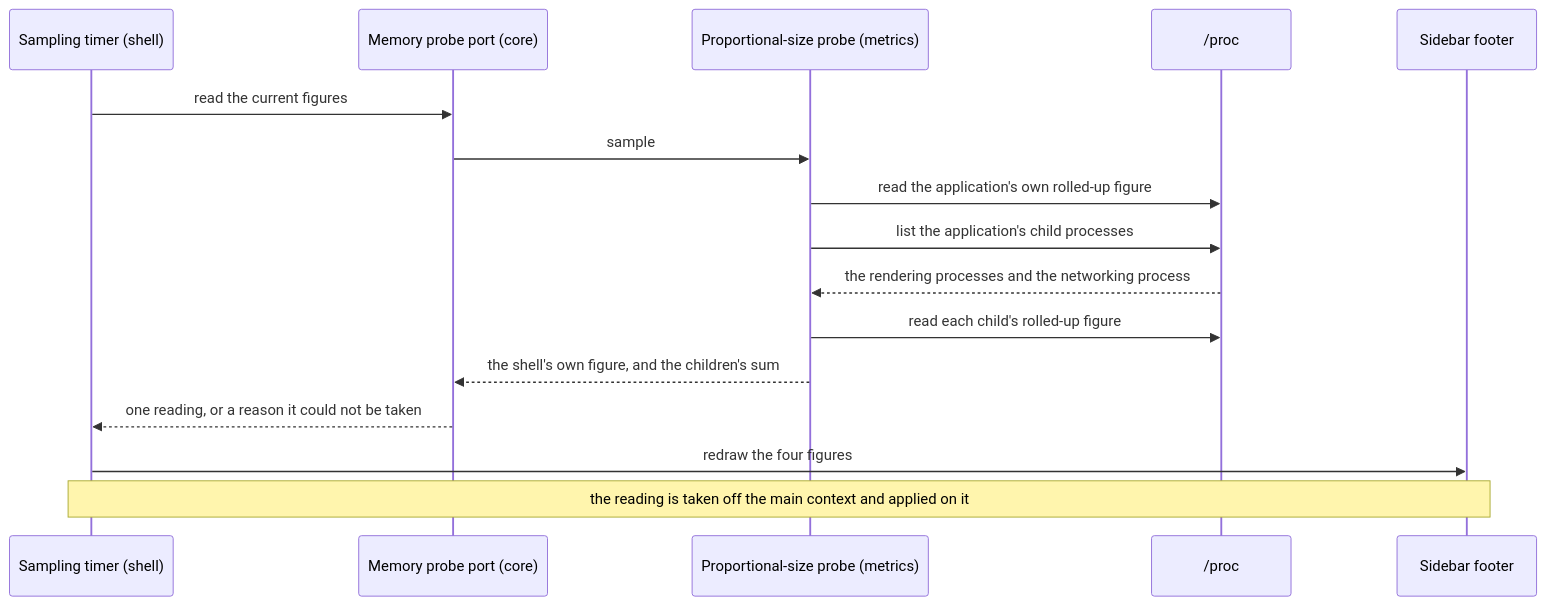
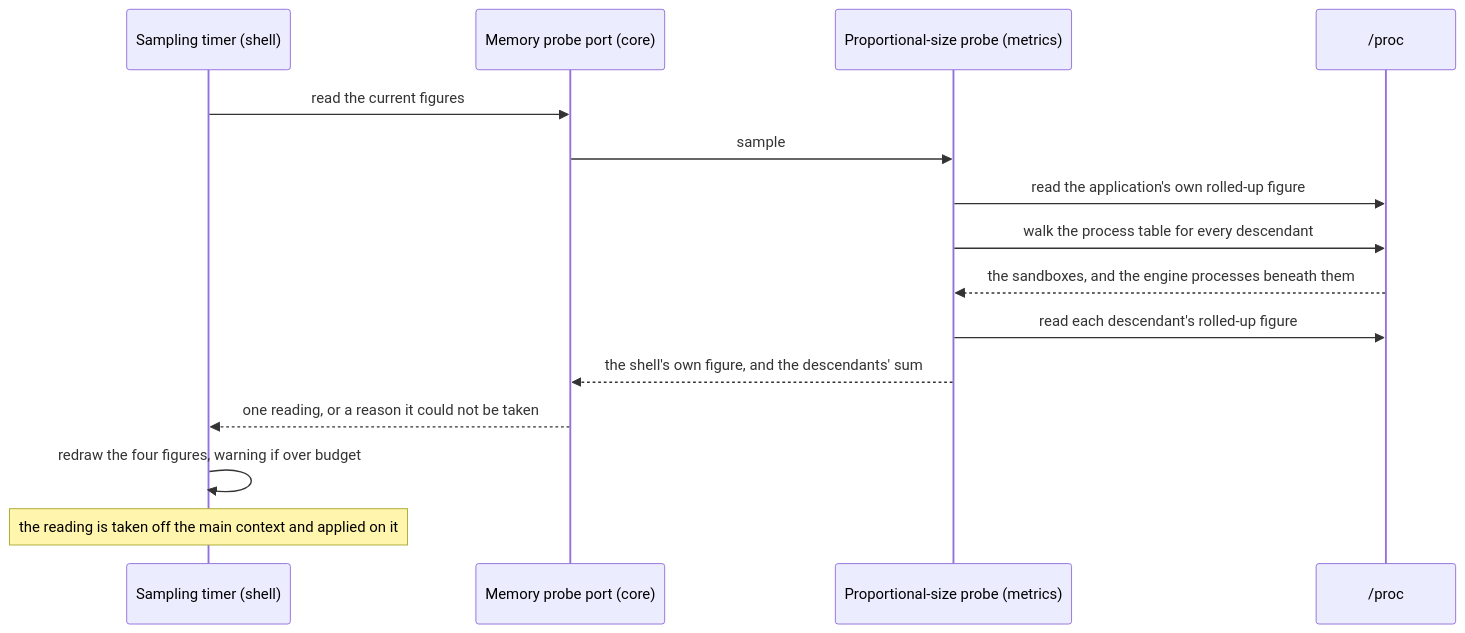
The first of 2 diagrams in docs/roadmap/05-memory-accounting/README.md (LucasSGomide/msg-idle-manager), drawn with Mermaid before and after one commit. The commit also changed other lines of this file and 1 other file, not shown here.

Commit message:
docs(05): fold memory performance into the item and correct the process walk

````diff
--- a/docs/roadmap/05-memory-accounting/README.md
+++ b/docs/roadmap/05-memory-accounting/README.md
@@ -81,19 +165,18 @@
 ```mermaid
 sequenceDiagram
     participant Timer as Sampling timer (shell)
     participant Probe as Memory probe port (core)
     participant Proc as Proportional-size probe (metrics)
     participant Kernel as /proc
-    participant Footer as Sidebar footer
 
     Timer->>Probe: read the current figures
     Probe->>Proc: sample
     Proc->>Kernel: read the application's own rolled-up figure
-    Proc->>Kernel: list the application's child processes
-    Kernel-->>Proc: the rendering processes and the networking process
-    Proc->>Kernel: read each child's rolled-up figure
-    Proc-->>Probe: the shell's own figure, and the children's sum
+    Proc->>Kernel: walk the process table for every descendant
+    Kernel-->>Proc: the sandboxes, and the engine processes beneath them
+    Proc->>Kernel: read each descendant's rolled-up figure
+    Proc-->>Probe: the shell's own figure, and the descendants' sum
     Probe-->>Timer: one reading, or a reason it could not be taken
-    Timer->>Footer: redraw the four figures
-    Note over Timer,Footer: the reading is taken off the main context and applied on it
+    Timer->>Timer: redraw the four figures, warning if over budget
+    Note over Timer: the reading is taken off the main context and applied on it
 ```
````
